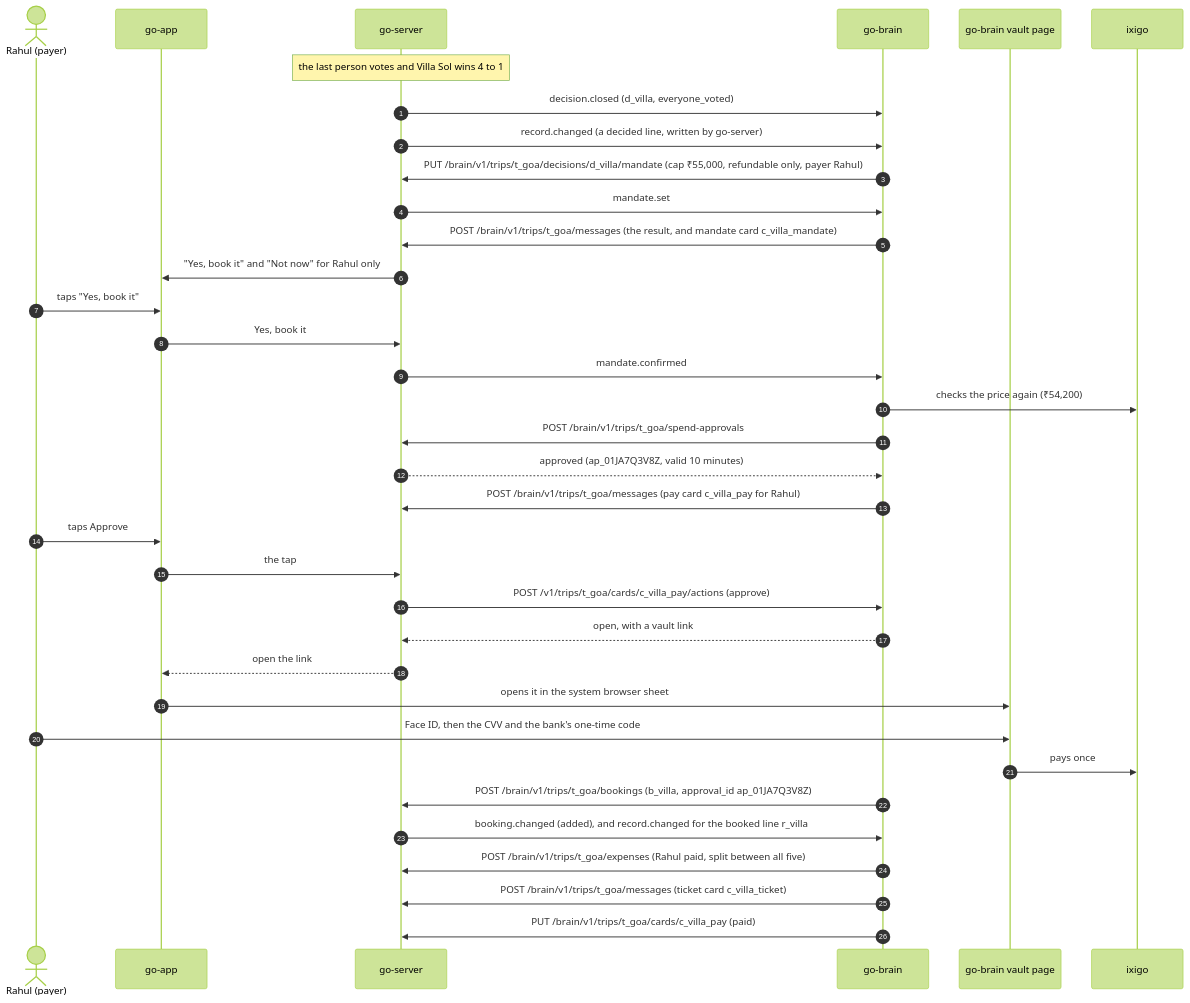
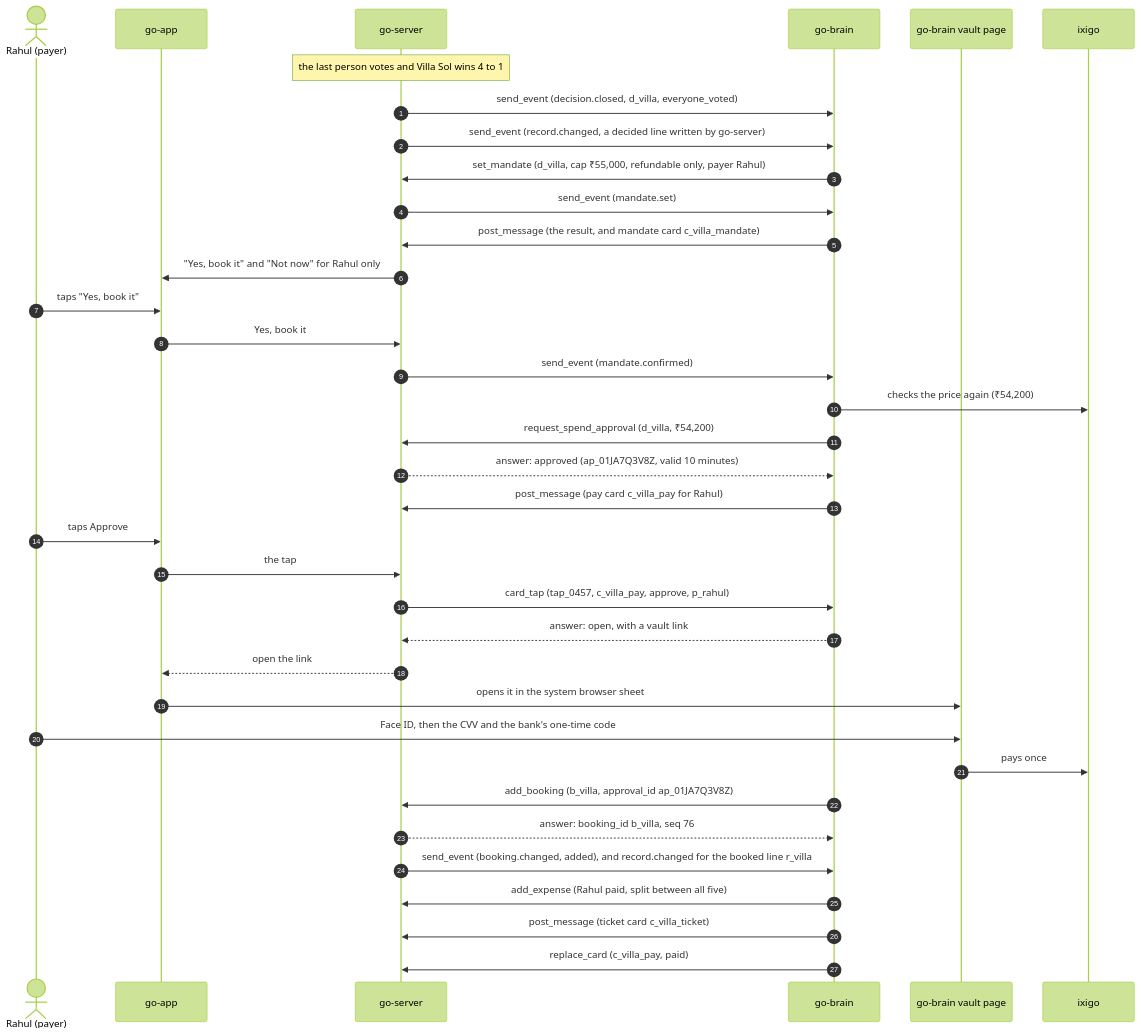
One commit to vestra-ai/go-brain changed the fourth of 8 diagrams in docs/guide/09-flows.md. Above: the diagram before and after it, drawn with Mermaid (forest theme). The commit also changed other lines of this file and 23 other files, not shown here.

````diff
--- a/docs/guide/09-flows.md
+++ b/docs/guide/09-flows.md
@@ -117,37 +127,38 @@
 ```mermaid
 sequenceDiagram
   autonumber
   actor Rahul as Rahul (payer)
   participant app as go-app
   participant server as go-server
   participant brain as go-brain
   participant vault as go-brain vault page
   participant ixigo
   Note over server: the last person votes and Villa Sol wins 4 to 1
-  server->>brain: decision.closed (d_villa, everyone_voted)
-  server->>brain: record.changed (a decided line, written by go-server)
-  brain->>server: PUT /brain/v1/trips/t_goa/decisions/d_villa/mandate (cap ₹55,000, refundable only, payer Rahul)
-  server->>brain: mandate.set
-  brain->>server: POST /brain/v1/trips/t_goa/messages (the result, and mandate card c_villa_mandate)
+  server->>brain: send_event (decision.closed, d_villa, everyone_voted)
+  server->>brain: send_event (record.changed, a decided line written by go-server)
+  brain->>server: set_mandate (d_villa, cap ₹55,000, refundable only, payer Rahul)
+  server->>brain: send_event (mandate.set)
+  brain->>server: post_message (the result, and mandate card c_villa_mandate)
   server->>app: "Yes, book it" and "Not now" for Rahul only
   Rahul->>app: taps "Yes, book it"
   app->>server: Yes, book it
-  server->>brain: mandate.confirmed
+  server->>brain: send_event (mandate.confirmed)
   brain->>ixigo: checks the price again (₹54,200)
-  brain->>server: POST /brain/v1/trips/t_goa/spend-approvals
-  server-->>brain: approved (ap_01JA7Q3V8Z, valid 10 minutes)
-  brain->>server: POST /brain/v1/trips/t_goa/messages (pay card c_villa_pay for Rahul)
+  brain->>server: request_spend_approval (d_villa, ₹54,200)
+  server-->>brain: answer: approved (ap_01JA7Q3V8Z, valid 10 minutes)
+  brain->>server: post_message (pay card c_villa_pay for Rahul)
   Rahul->>app: taps Approve
   app->>server: the tap
-  server->>brain: POST /v1/trips/t_goa/cards/c_villa_pay/actions (approve)
-  brain-->>server: open, with a vault link
+  server->>brain: card_tap (tap_0457, c_villa_pay, approve, p_rahul)
+  brain-->>server: answer: open, with a vault link
   server-->>app: open the link
   app->>vault: opens it in the system browser sheet
   Rahul->>vault: Face ID, then the CVV and the bank's one-time code
   vault->>ixigo: pays once
-  brain->>server: POST /brain/v1/trips/t_goa/bookings (b_villa, approval_id ap_01JA7Q3V8Z)
-  server->>brain: booking.changed (added), and record.changed for the booked line r_villa
-  brain->>server: POST /brain/v1/trips/t_goa/expenses (Rahul paid, split between all five)
-  brain->>server: POST /brain/v1/trips/t_goa/messages (ticket card c_villa_ticket)
-  brain->>server: PUT /brain/v1/trips/t_goa/cards/c_villa_pay (paid)
+  brain->>server: add_booking (b_villa, approval_id ap_01JA7Q3V8Z)
+  server-->>brain: answer: booking_id b_villa, seq 76
+  server->>brain: send_event (booking.changed, added), and record.changed for the booked line r_villa
+  brain->>server: add_expense (Rahul paid, split between all five)
+  brain->>server: post_message (ticket card c_villa_ticket)
+  brain->>server: replace_card (c_villa_pay, paid)
 ```
````
